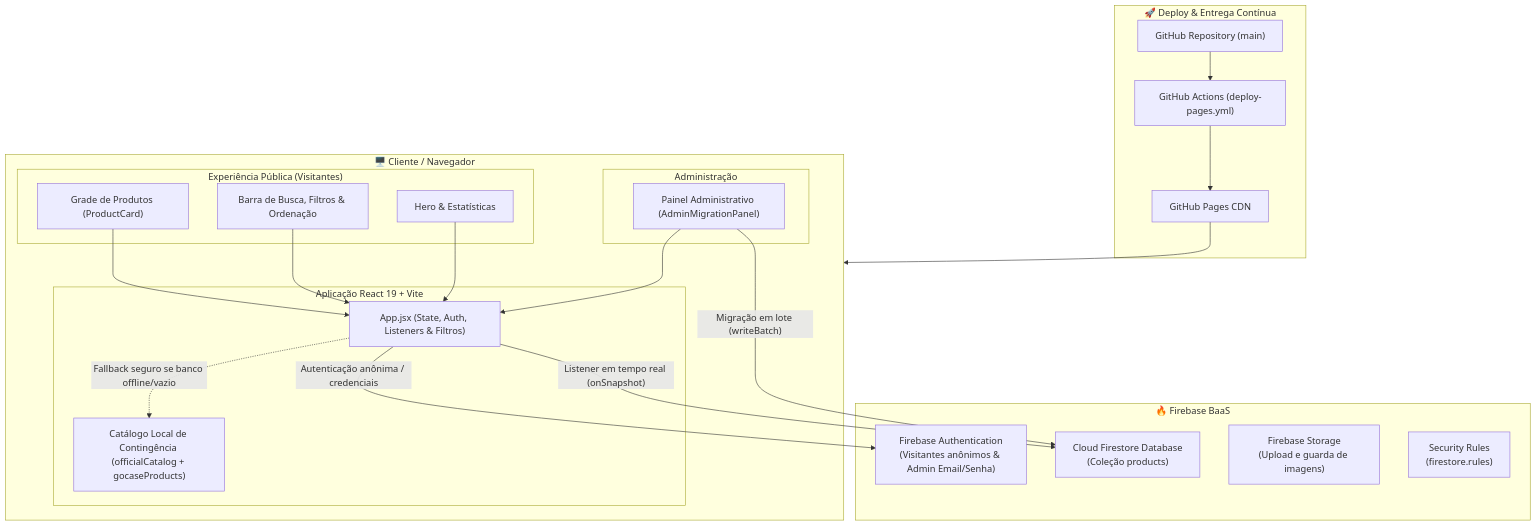
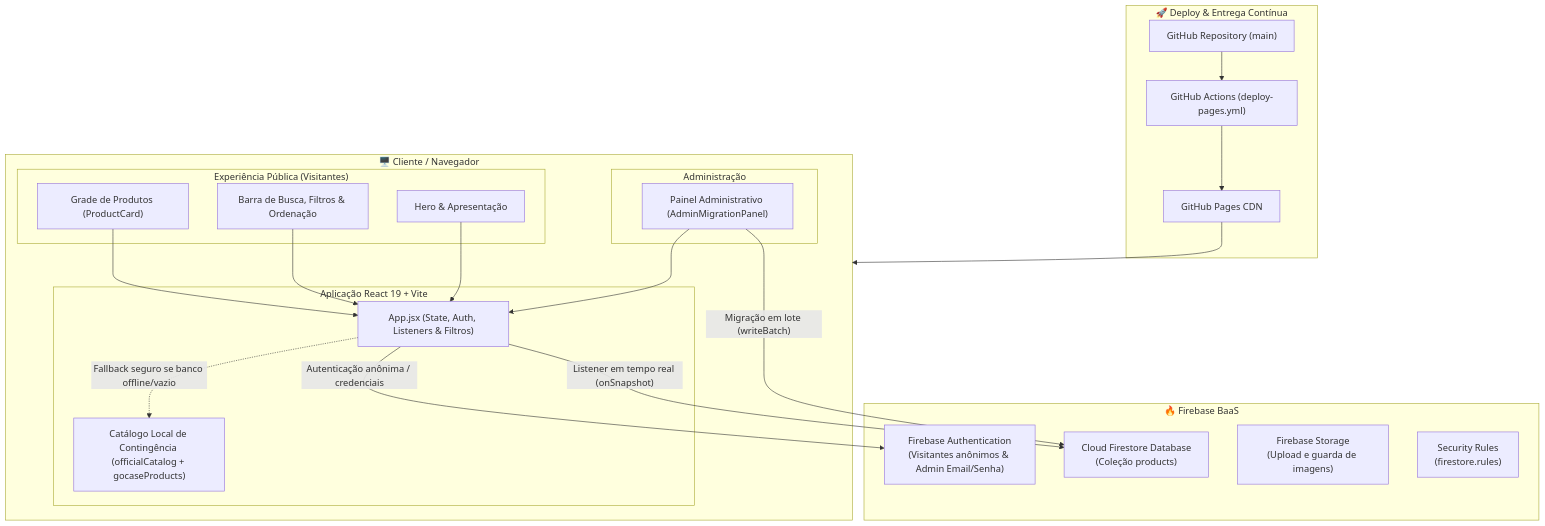
One commit to michelejoohann/jardim-de-desejos changed the first of 2 diagrams in docs/ARCHITECTURE.md. Above: the diagram before and after it, drawn with Mermaid. The commit also changed 2 other files, not shown here.

Commit message:
feat: remover badges tecnicas de contadores e status do header hero

````diff
--- a/docs/ARCHITECTURE.md
+++ b/docs/ARCHITECTURE.md
@@ -11,44 +11,44 @@
 ```mermaid
 graph TB
     subgraph Client ["🖥️ Cliente / Navegador"]
         subgraph PublicUI ["Experiência Pública (Visitantes)"]
-            Hero["Hero & Estatísticas"]
+            Hero["Hero & Apresentação"]
             Toolbar["Barra de Busca, Filtros & Ordenação"]
             Grid["Grade de Produtos (ProductCard)"]
         end
         subgraph AdminUI ["Administração"]
             AdminPanel["Painel Administrativo (AdminMigrationPanel)"]
         end
         subgraph CoreApp ["Aplicação React 19 + Vite"]
             App["App.jsx (State, Auth, Listeners & Filtros)"]
             FallbackData["Catálogo Local de Contingência (officialCatalog + gocaseProducts)"]
         end
     end
 
     subgraph FirebaseServices ["🔥 Firebase BaaS"]
         Auth["Firebase Authentication<br/>(Visitantes anônimos & Admin Email/Senha)"]
         Firestore["Cloud Firestore Database<br/>(Coleção products)"]
         Storage["Firebase Storage<br/>(Upload e guarda de imagens)"]
         Rules["Security Rules<br/>(firestore.rules)"]
     end
 
     subgraph HostingPipeline ["🚀 Deploy & Entrega Contínua"]
         GHRepo["GitHub Repository (main)"]
         GHActions["GitHub Actions (deploy-pages.yml)"]
         GHPages["GitHub Pages CDN"]
     end
 
     Grid --> App
     Toolbar --> App
     Hero --> App
     AdminPanel --> App
 
     App -- "Autenticação anônima / credenciais" --> Auth
     App -- "Listener em tempo real (onSnapshot)" --> Firestore
     AdminPanel -- "Migração em lote (writeBatch)" --> Firestore
     App -. "Fallback seguro se banco offline/vazio" .-> FallbackData
 
     GHRepo --> GHActions
     GHActions --> GHPages
     GHPages --> Client
 ```
````
